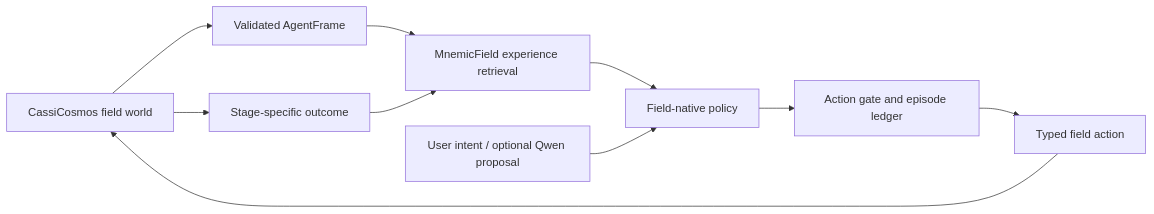
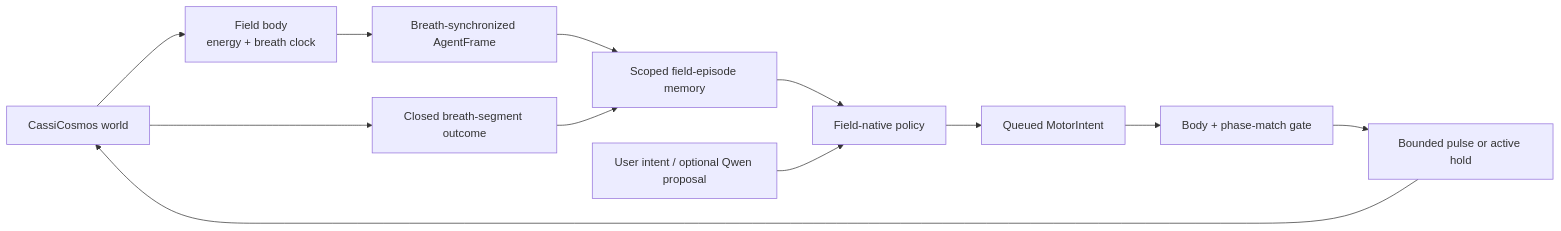
One commit to CassiTheOracle/cassi changed the diagram in CassiCore/EMBODIED-FIELD-AGENT-ARCHITECTURE.md. Above: the diagram before and after it, drawn with Mermaid. The commit also changed other lines of this file, not shown here.

Commit message:
docs: make breath foundational to field agent

````diff
--- a/CassiCore/EMBODIED-FIELD-AGENT-ARCHITECTURE.md
+++ b/CassiCore/EMBODIED-FIELD-AGENT-ARCHITECTURE.md
@@ -11,12 +23,14 @@
 ```mermaid
 flowchart LR
-    W[CassiCosmos field world] --> O[Validated AgentFrame]
-    O --> M[MnemicField experience retrieval]
+    W[CassiCosmos world] --> B[Field body<br/>energy + breath clock]
+    B --> O[Breath-synchronized AgentFrame]
+    O --> M[Scoped field-episode memory]
     M --> P[Field-native policy]
     I[User intent / optional Qwen proposal] --> P
-    P --> G[Action gate and episode ledger]
-    G --> A[Typed field action]
-    A --> W
-    W --> R[Stage-specific outcome]
-    R --> M
+    P --> Q[Queued MotorIntent]
+    Q --> G[Body + phase-match gate]
+    G --> U[Bounded pulse or active hold]
+    U --> W
+    W --> C[Closed breath-segment outcome]
+    C --> M
 ```
````
